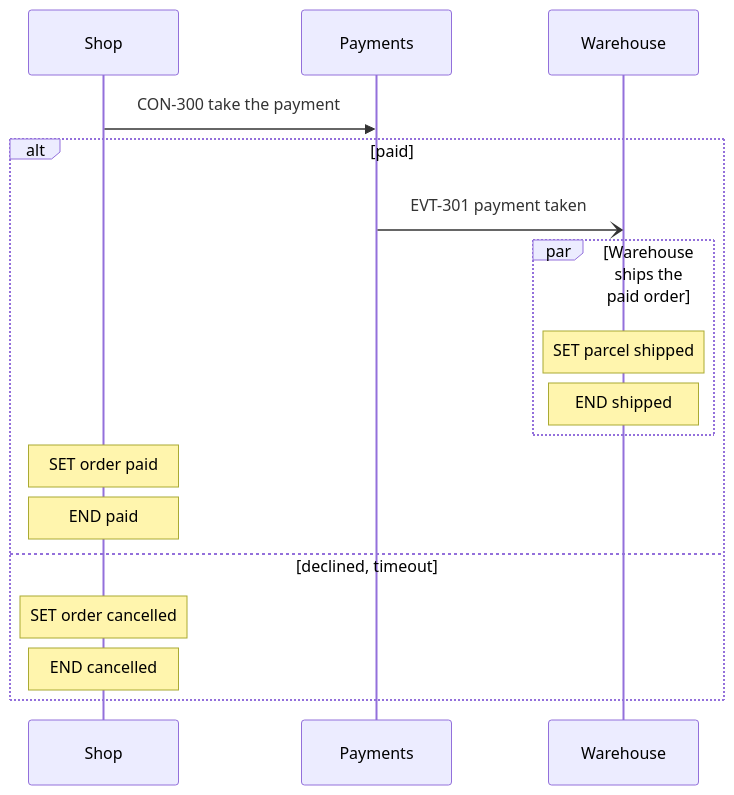
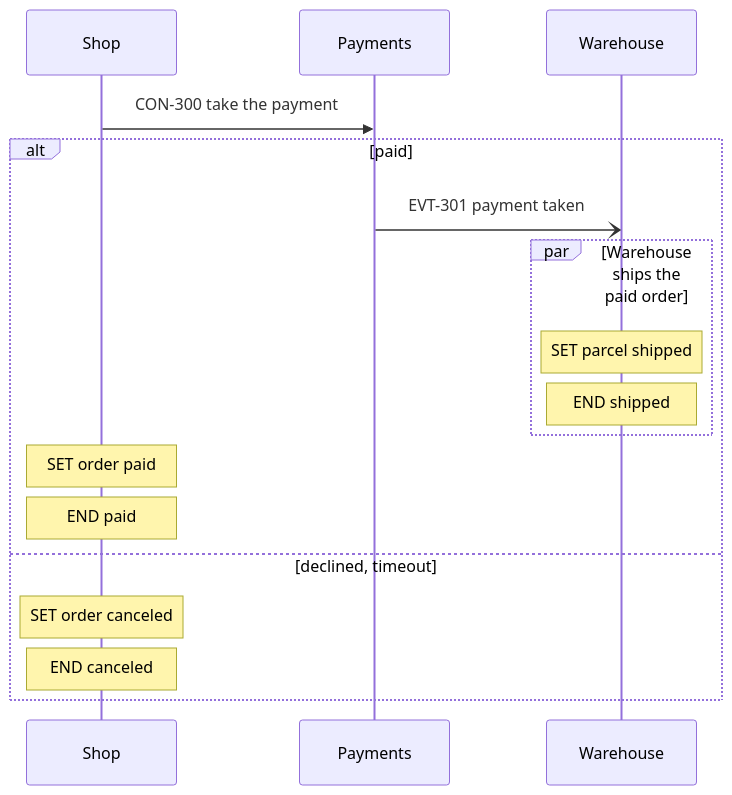
Before and after one commit to smalls257/vela: the diagram in tests/fixtures/flowcheck/r2-01-timeout-published-anyway/06-runtime/flows/FLO-301-r2-01-timeout-published-anyway.md, drawn with Mermaid. The commit also changed 236 other files, not shown here.

````diff
--- a/tests/fixtures/flowcheck/r2-01-timeout-published-anyway/06-runtime/flows/FLO-301-r2-01-timeout-published-anyway.md
+++ b/tests/fixtures/flowcheck/r2-01-timeout-published-anyway/06-runtime/flows/FLO-301-r2-01-timeout-published-anyway.md
@@ -10,19 +10,19 @@
 ```mermaid
 sequenceDiagram
 participant S as Shop
 participant P as Payments
 participant W as Warehouse
 S->>P: CON-300 take the payment
 alt paid
     P-)W: EVT-301 payment taken
     par Warehouse ships the paid order
         Note over W: SET parcel shipped
         Note over W: END shipped
     end
     Note over S: SET order paid
     Note over S: END paid
 else declined, timeout
-    Note over S: SET order cancelled
-    Note over S: END cancelled
+    Note over S: SET order canceled
+    Note over S: END canceled
 end
 ```
````
